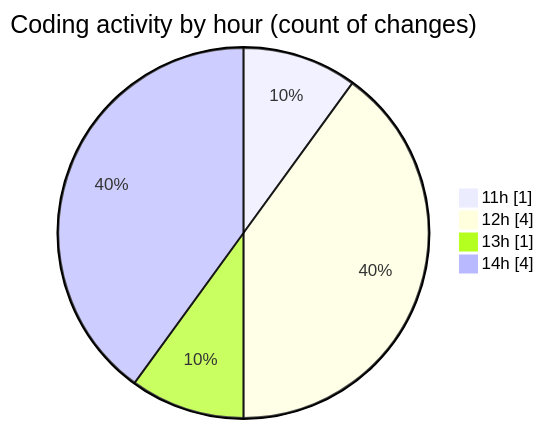
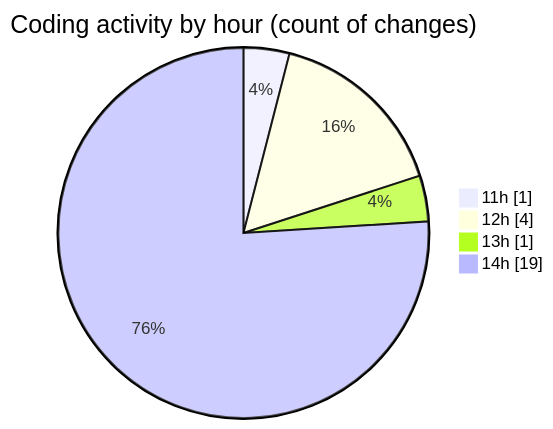
One commit to nxtqubesakshisongat/code-tracking changed the second of 2 diagrams in 2026-07-28/nxtqube_webapp/README.md. Above: the diagram before and after it, drawn with Mermaid. The commit also changed other lines of this file and 1 other file, not shown here.

````diff
--- a/2026-07-28/nxtqube_webapp/README.md
+++ b/2026-07-28/nxtqube_webapp/README.md
@@ -35,8 +43,8 @@
 ```mermaid
 pie showData
 title Coding activity by hour (count of changes)
 "11h" : 1
 "12h" : 4
 "13h" : 1
-"14h" : 4
+"14h" : 19
 ```
````
